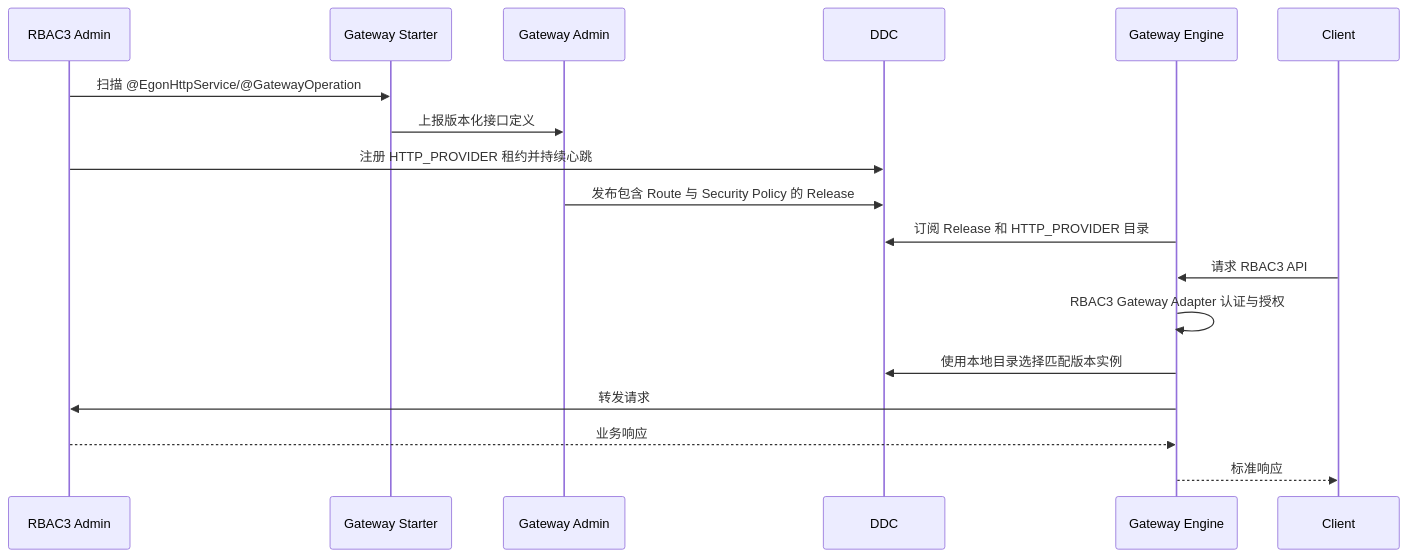
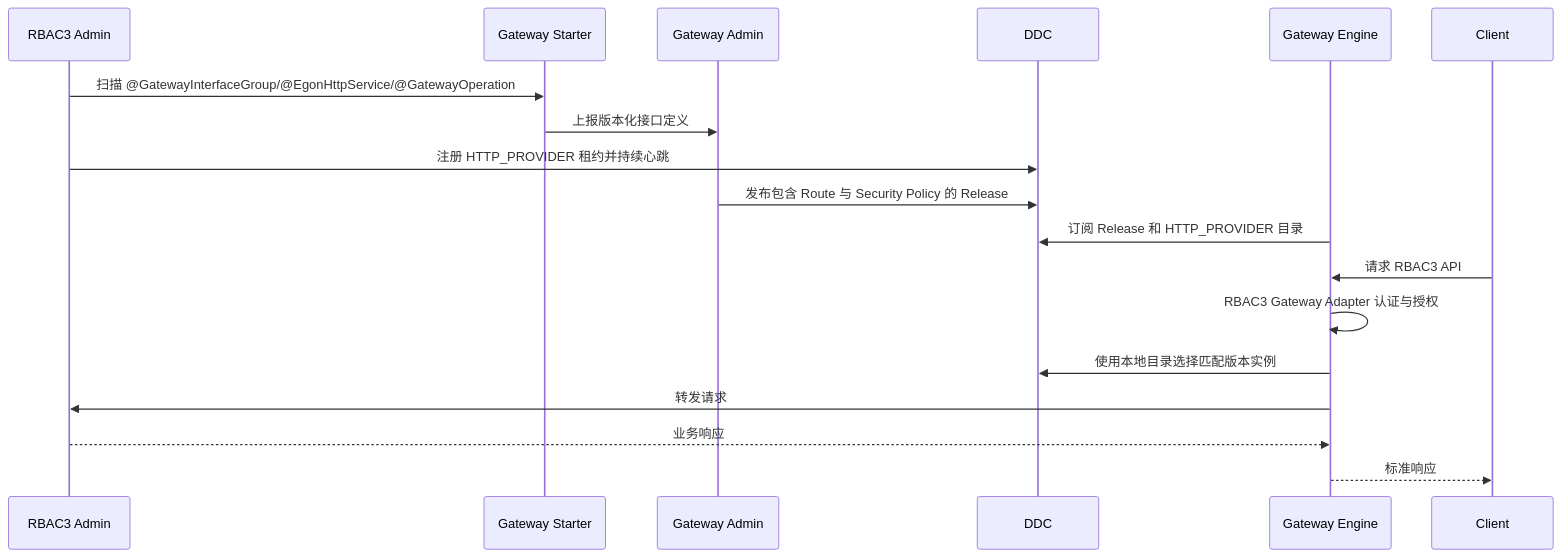
The fourth of 6 diagrams in docs/superpowers/specs/2026-07-30-rbac3-permission-platform-design.md (AllenDEricDAlexander/Egon-COLA), drawn with Mermaid before and after one commit. The commit also changed other lines of this file and 1 other file, not shown here.

````diff
--- a/docs/superpowers/specs/2026-07-30-rbac3-permission-platform-design.md
+++ b/docs/superpowers/specs/2026-07-30-rbac3-permission-platform-design.md
@@ -1148,21 +1150,21 @@
 ```mermaid
 sequenceDiagram
     participant Admin as RBAC3 Admin
     participant GStarter as Gateway Starter
     participant GAdmin as Gateway Admin
     participant DDC as DDC
     participant Engine as Gateway Engine
     participant Client as Client
 
-    Admin->>GStarter: 扫描 @EgonHttpService/@GatewayOperation
+    Admin->>GStarter: 扫描 @GatewayInterfaceGroup/@EgonHttpService/@GatewayOperation
     GStarter->>GAdmin: 上报版本化接口定义
     Admin->>DDC: 注册 HTTP_PROVIDER 租约并持续心跳
     GAdmin->>DDC: 发布包含 Route 与 Security Policy 的 Release
     Engine->>DDC: 订阅 Release 和 HTTP_PROVIDER 目录
     Client->>Engine: 请求 RBAC3 API
     Engine->>Engine: RBAC3 Gateway Adapter 认证与授权
     Engine->>DDC: 使用本地目录选择匹配版本实例
     Engine->>Admin: 转发请求
     Admin-->>Engine: 业务响应
     Engine-->>Client: 标准响应
 ```
````
